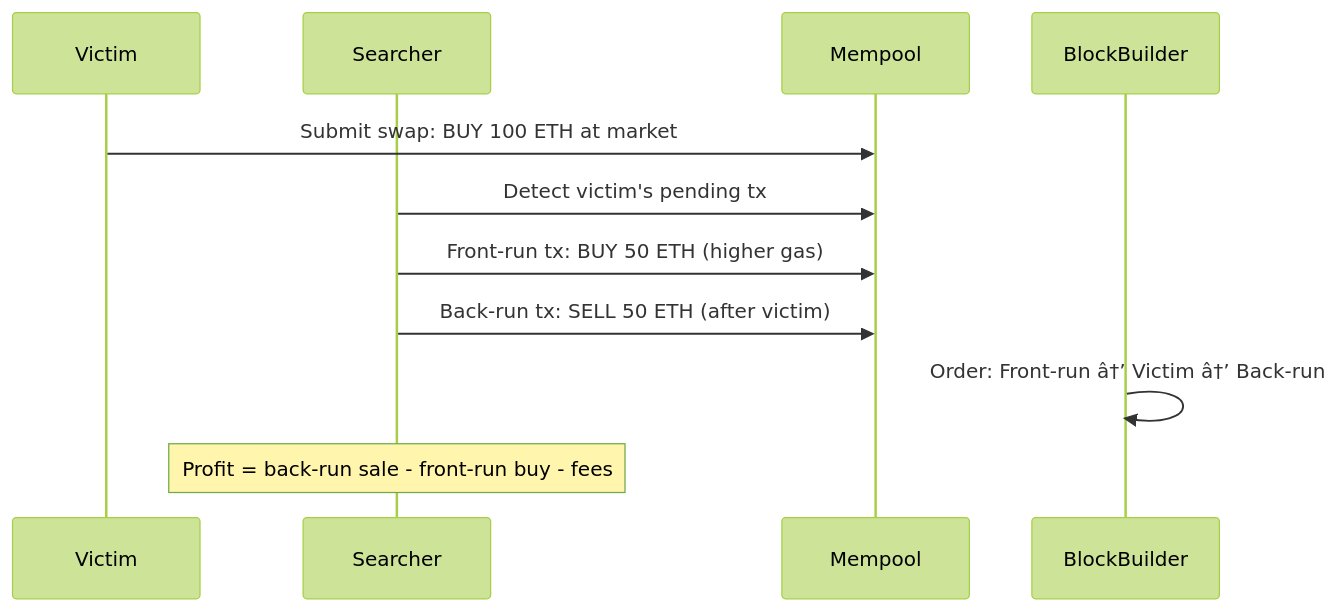
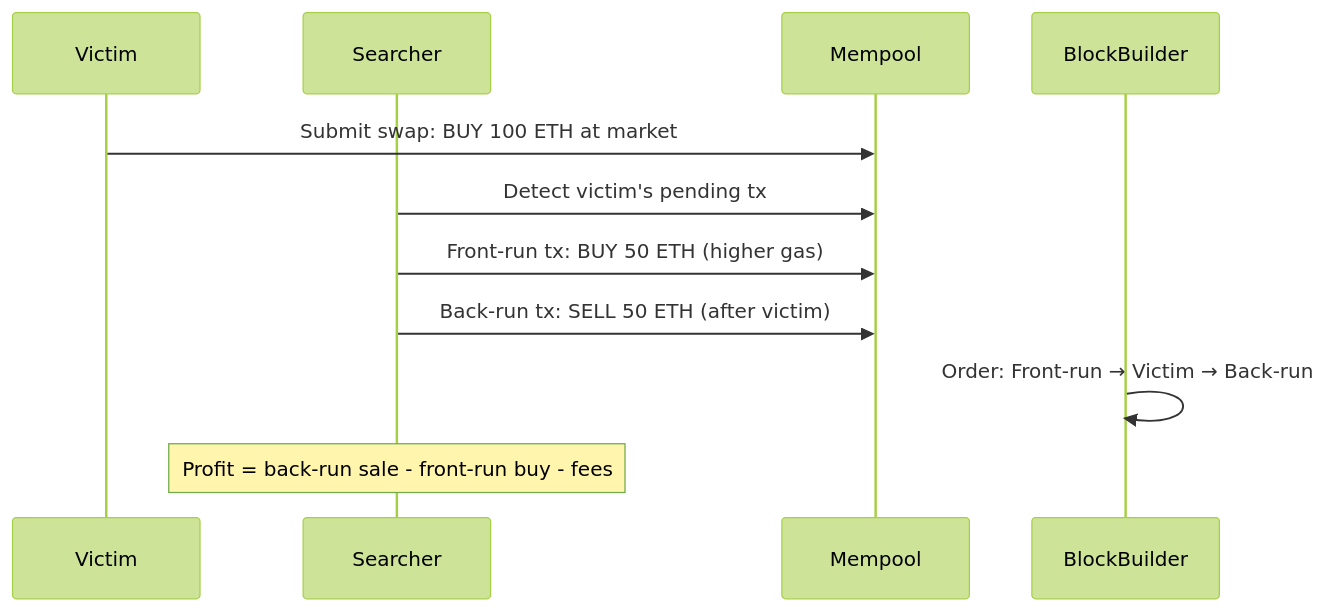
The third of 4 diagrams in docs/courses/cyber-security/19-blockchain-defi-security.md (Raushan666java/ai-engineering-journey), drawn with Mermaid (forest theme) before and after one commit. The commit also changed other lines of this file and 965 other files, not shown here.

````diff
--- a/docs/courses/cyber-security/19-blockchain-defi-security.md
+++ b/docs/courses/cyber-security/19-blockchain-defi-security.md
@@ -447,14 +447,14 @@
 ```mermaid
 sequenceDiagram
     participant Victim
     participant Searcher
     participant Mempool
     participant BlockBuilder
 
     Victim->>Mempool: Submit swap: BUY 100 ETH at market
     Searcher->>Mempool: Detect victim's pending tx
     Searcher->>Mempool: Front-run tx: BUY 50 ETH (higher gas)
     Searcher->>Mempool: Back-run tx: SELL 50 ETH (after victim)
-    BlockBuilder->>BlockBuilder: Order: Front-run â†’ Victim â†’ Back-run
+    BlockBuilder->>BlockBuilder: Order: Front-run → Victim → Back-run
     Note over Searcher: Profit = back-run sale - front-run buy - fees
 ```
````
